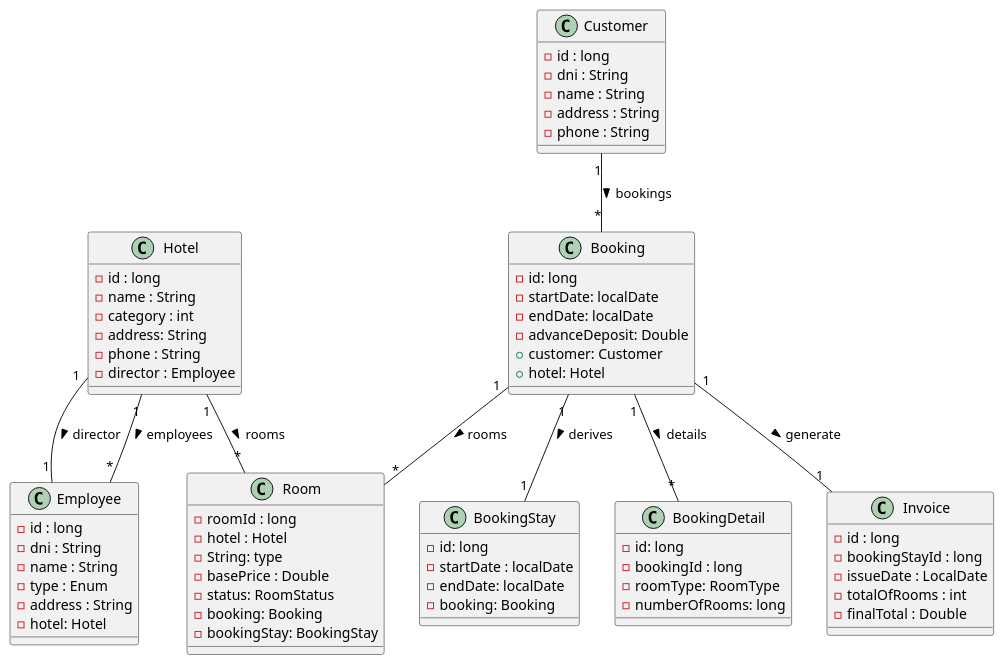
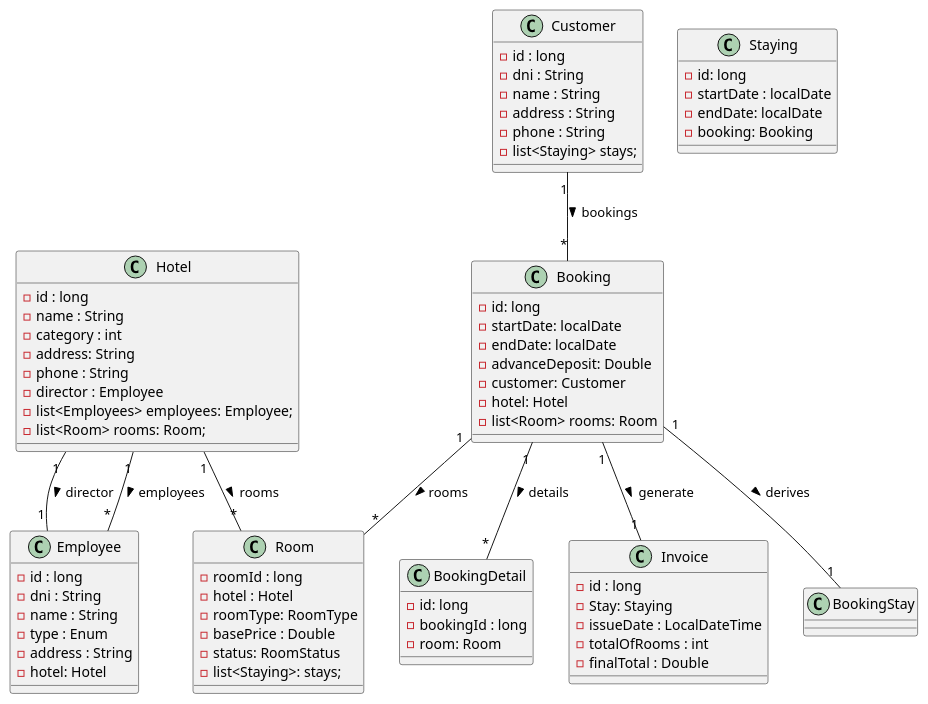
Before and after one commit to cleymeravilaa/hotel-chain-management: the diagram in docs/classesdiagram.puml, drawn with PlantUML.

Commit message:
feat: updating diagram classes

```diff
--- a/docs/classesdiagram.puml
+++ b/docs/classesdiagram.puml
@@ -1,84 +1,88 @@
 @startuml
 
 ' Main Entities'
 class Hotel {
     - id : long
     - name : String
     - category : int
     - address: String
     - phone : String
     - director : Employee
+    - list<Employees> employees: Employee;
+    - list<Room> rooms: Room;
 }
 
 class Employee {
     - id : long
     - dni : String
     - name : String
     - type : Enum
     - address : String
     - hotel: Hotel
 }
 
 class Customer {
     - id : long
     - dni : String
     - name : String
     - address : String
     - phone : String
+    - list<Staying> stays;
 }
 
 class Room {
     - roomId : long
     - hotel : Hotel
-    - String: type
+    - roomType: RoomType
     - basePrice : Double
     - status: RoomStatus
-    - booking: Booking
-    - bookingStay: BookingStay
+    - list<Staying>: stays;
 }
 
+' Reservas
 class Booking {
     - id: long
     - startDate: localDate
     - endDate: localDate
     - advanceDeposit: Double
-    + customer: Customer
-    + hotel: Hotel
+    - customer: Customer
+    - hotel: Hotel
+    - list<Room> rooms: Room 
 }
 
-class BookingStay {
+' Estancia / Estadia
+class Staying {
     - id: long
     - startDate : localDate
     - endDate: localDate
     - booking: Booking
 }
 
 class BookingDetail {
     - id: long
     - bookingId : long
-    - roomType: RoomType
-    - numberOfRooms: long
+    - room: Room
 }
 
 class Invoice {
     - id : long
-    - bookingStayId : long
-    - issueDate : LocalDate
+    - Stay: Staying
+    - issueDate : LocalDateTime
     - totalOfRooms : int
     - finalTotal : Double
 }
 
 
 ' Relationships '
 
 Hotel "1" -- "1" Employee: director >
 Hotel "1" -- "*" Employee: employees >
 Hotel "1" -- "*" Room: rooms >
 
 Customer "1" -- "*" Booking : bookings >
 
 Booking "1" -- "1" BookingStay: derives >
 Booking "1" -- "*" Room: rooms >
 Booking "1" -- "1" Invoice: generate >
 Booking "1" -- "*" BookingDetail: details >
 @enduml
```
